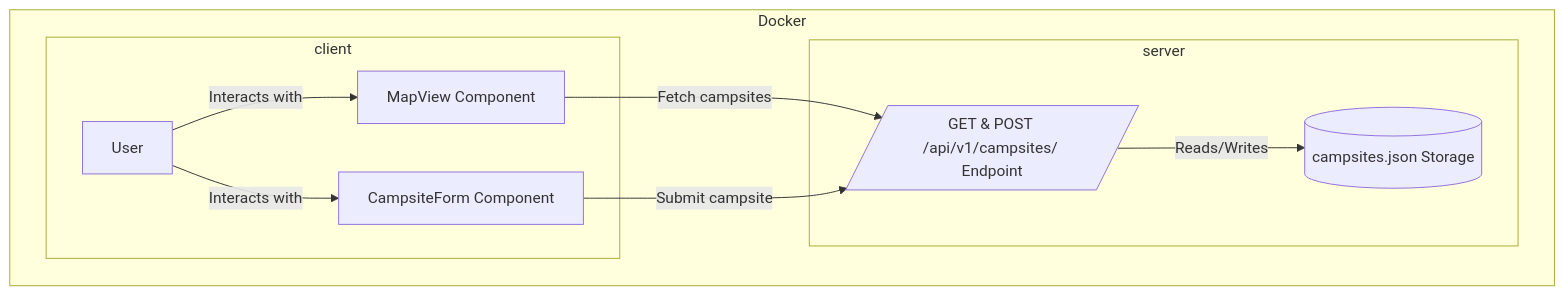
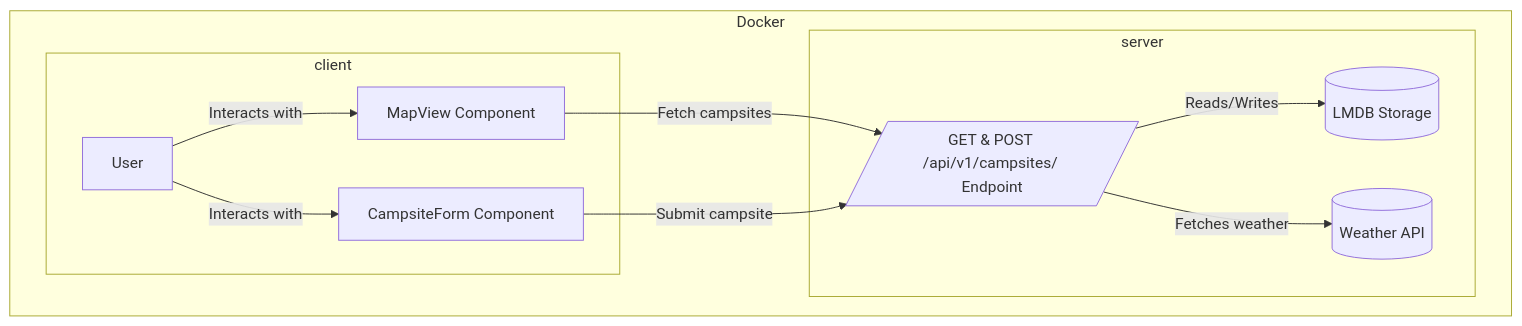
One commit to baileydunning/campsights changed the diagram in README.md. Above: the diagram before and after it, drawn with Mermaid. The commit also changed other lines of this file and 3 other files, not shown here.

````diff
--- a/README.md
+++ b/README.md
@@ -15,21 +27,23 @@
 ```mermaid
 flowchart TD
   subgraph Docker
     subgraph Client_Container [client]
       A[User]
       B[MapView Component]
       C[CampsiteForm Component]
     end
 
     subgraph Server_Container [server]
       D[/GET & POST /api/v1/campsites/ Endpoint/]
-      E[(campsites.json Storage)]
+      E[(LMDB Storage)]
+      F[(Weather API)]
     end
   end
 
   A -->|Interacts with| B
   A -->|Interacts with| C
   B -->|Fetch campsites| D
   C -->|Submit campsite| D
   D -->|Reads/Writes| E
+  D -->|Fetches weather| F
 ```
````
